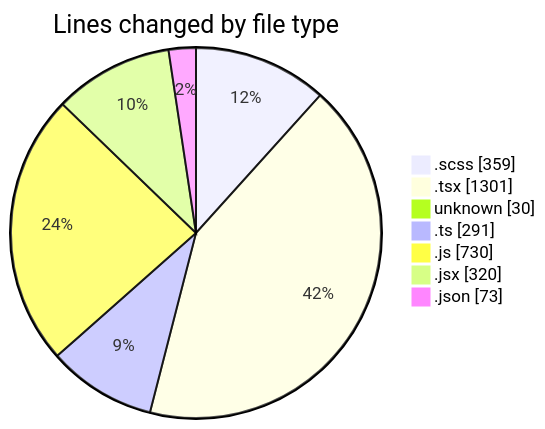
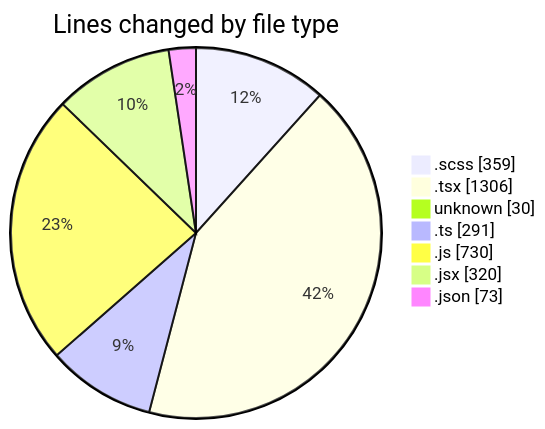
One commit to momahboobian/code-tracking changed the first of 2 diagrams in 2025-03-05/cda/README.md. Above: the diagram before and after it, drawn with Mermaid. The commit also changed other lines of this file and 1 other file, not shown here.

````diff
--- a/2025-03-05/cda/README.md
+++ b/2025-03-05/cda/README.md
@@ -45,11 +45,11 @@
 ```mermaid
 pie showData
 title Lines changed by file type
 ".scss" : 359
-".tsx" : 1301
+".tsx" : 1306
 "unknown" : 30
 ".ts" : 291
 ".js" : 730
 ".jsx" : 320
 ".json" : 73
 ```
````
